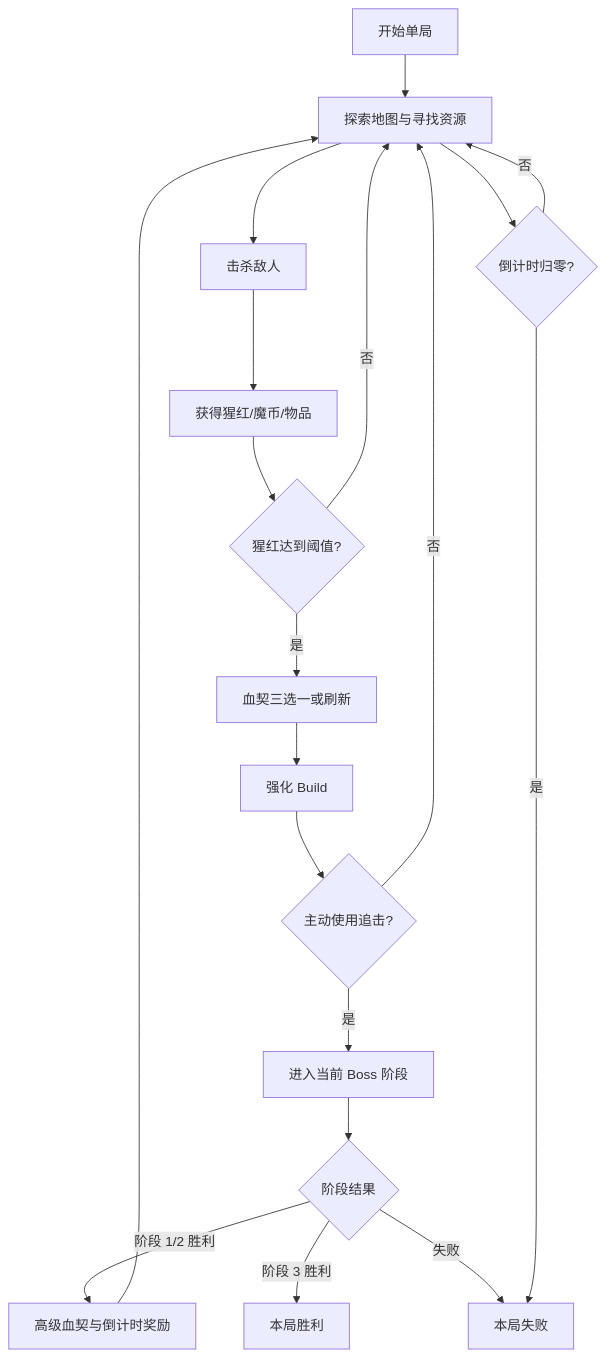
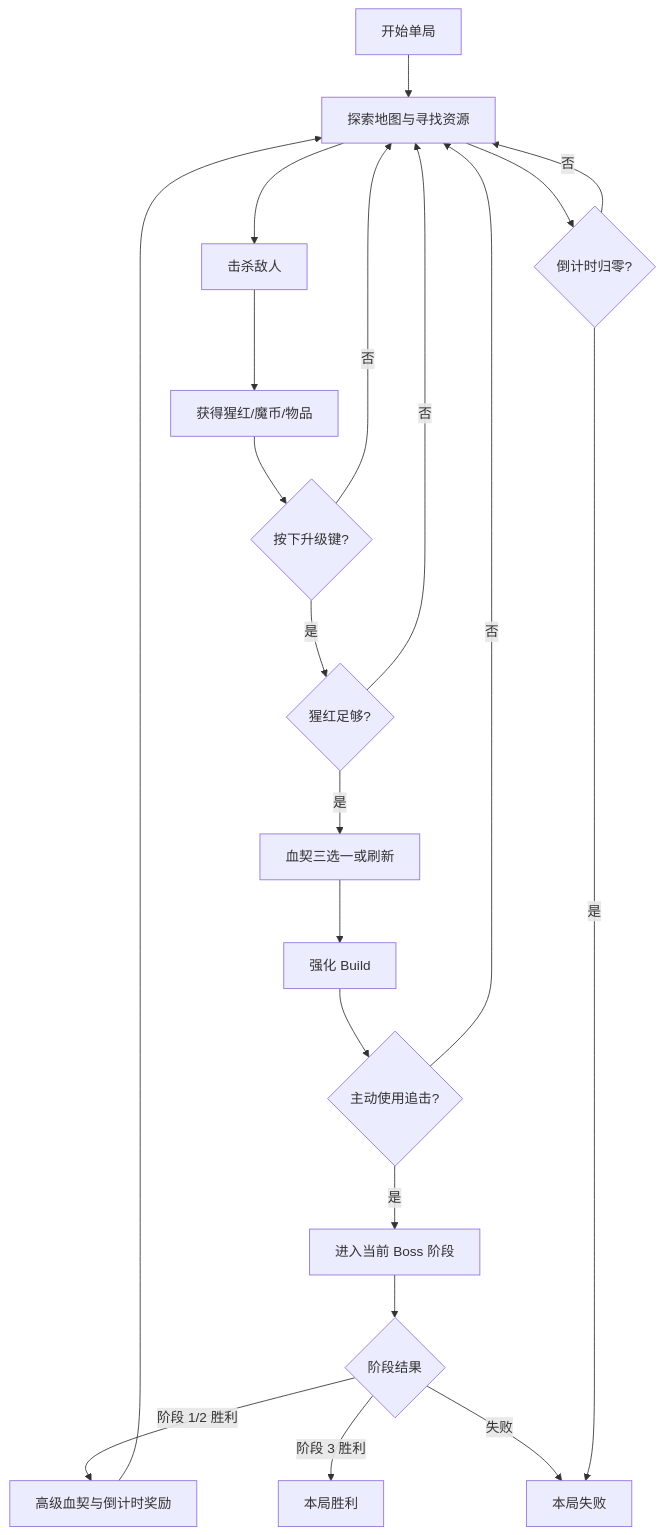
The first of 2 diagrams in Docs/VampireHunt/PROJECT_PLAN.md (2685394003-sys/Vampire-Hunt), drawn with Mermaid before and after one commit. The commit also changed other lines of this file and 16 other files, not shown here.

````diff
--- a/Docs/VampireHunt/PROJECT_PLAN.md
+++ b/Docs/VampireHunt/PROJECT_PLAN.md
@@ -47,21 +47,23 @@
 ```mermaid
 flowchart TD
     Start[开始单局] --> Explore[探索地图与寻找资源]
     Explore --> Kill[击杀敌人]
     Kill --> Scarlet[获得猩红/魔币/物品]
-    Scarlet --> Draft{猩红达到阈值?}
+    Scarlet --> Trigger{按下升级键?}
+    Trigger -- 否 --> Explore
+    Trigger -- 是 --> Draft{猩红足够?}
     Draft -- 否 --> Explore
     Draft -- 是 --> Pact[血契三选一或刷新]
     Pact --> Build[强化 Build]
     Build --> Chase{主动使用追击?}
     Chase -- 否 --> Explore
     Chase -- 是 --> Boss[进入当前 Boss 阶段]
     Boss --> Result{阶段结果}
     Result -- 阶段 1/2 胜利 --> Reward[高级血契与倒计时奖励]
     Reward --> Explore
     Result -- 阶段 3 胜利 --> Victory[本局胜利]
     Result -- 失败 --> Defeat[本局失败]
     Explore --> Clock{倒计时归零?}
     Clock -- 是 --> Defeat
     Clock -- 否 --> Explore
 ```
````
